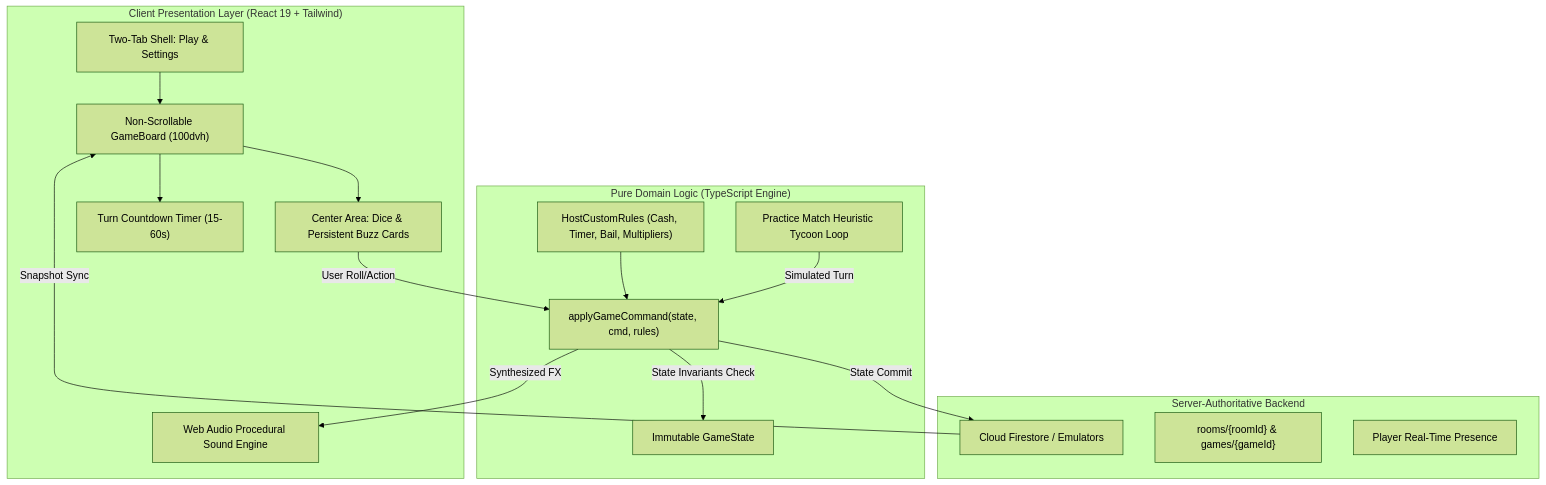
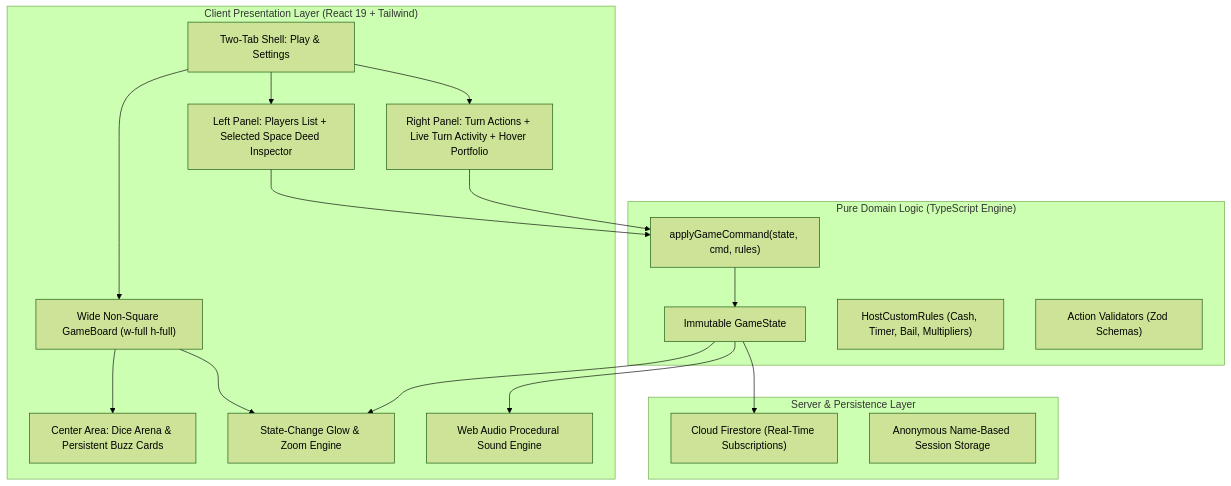
One commit to K-692/Monopoly-India-Game changed the diagram in README.md. Above: the diagram before and after it, drawn with Mermaid (forest theme). The commit also changed other lines of this file and 19 other files, not shown here.

Commit message:
feat: wide responsive board, 22 unique metro cities, deed inspector relocation, state-change glow effects, and complete localization cleanup

````diff
--- a/README.md
+++ b/README.md
@@ -87,34 +96,36 @@
 ```mermaid
 flowchart TD
     subgraph Client ["Client Presentation Layer (React 19 + Tailwind)"]
         UI["Two-Tab Shell: Play & Settings"]
-        Board["Non-Scrollable GameBoard (100dvh)"]
-        Center["Center Area: Dice & Persistent Buzz Cards"]
-        Timer["Turn Countdown Timer (15-60s)"]
+        LeftPanel["Left Panel: Players List + Selected Space Deed Inspector"]
+        Board["Wide Non-Square GameBoard (w-full h-full)"]
+        Center["Center Area: Dice Arena & Persistent Buzz Cards"]
+        RightPanel["Right Panel: Turn Actions + Live Turn Activity + Hover Portfolio"]
+        Glow["State-Change Glow & Zoom Engine"]
         Sound["Web Audio Procedural Sound Engine"]
     end
 
     subgraph Domain ["Pure Domain Logic (TypeScript Engine)"]
         State["Immutable GameState"]
         Reducer["applyGameCommand(state, cmd, rules)"]
         Rules["HostCustomRules (Cash, Timer, Bail, Multipliers)"]
-        AI["Practice Match Heuristic Tycoon Loop"]
+        Validation["Action Validators (Zod Schemas)"]
     end
 
-    subgraph Backend ["Server-Authoritative Backend"]
-        Firestore["Cloud Firestore / Emulators"]
-        Rooms["rooms/{roomId} & games/{gameId}"]
-        Presence["Player Real-Time Presence"]
+    subgraph Backend ["Server & Persistence Layer"]
+        Firestore["Cloud Firestore (Real-Time Subscriptions)"]
+        Auth["Anonymous Name-Based Session Storage"]
     end
 
+    UI --> LeftPanel
     UI --> Board
+    UI --> RightPanel
     Board --> Center
-    Board --> Timer
-    Center -->|User Roll/Action| Reducer
-    Reducer -->|State Invariants Check| State
-    Rules --> Reducer
-    AI -->|Simulated Turn| Reducer
-    Reducer -->|Synthesized FX| Sound
-    Reducer -->|State Commit| Firestore
-    Firestore -->|Snapshot Sync| Board
+    Board --> Glow
+    LeftPanel --> Reducer
+    RightPanel --> Reducer
+    Reducer --> State
+    State --> Glow
+    State --> Sound
+    State --> Firestore
 ```
````
